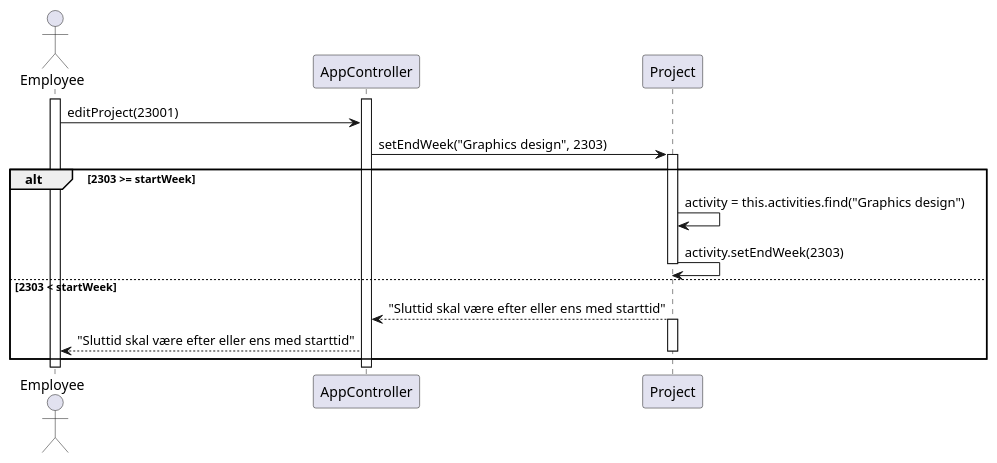
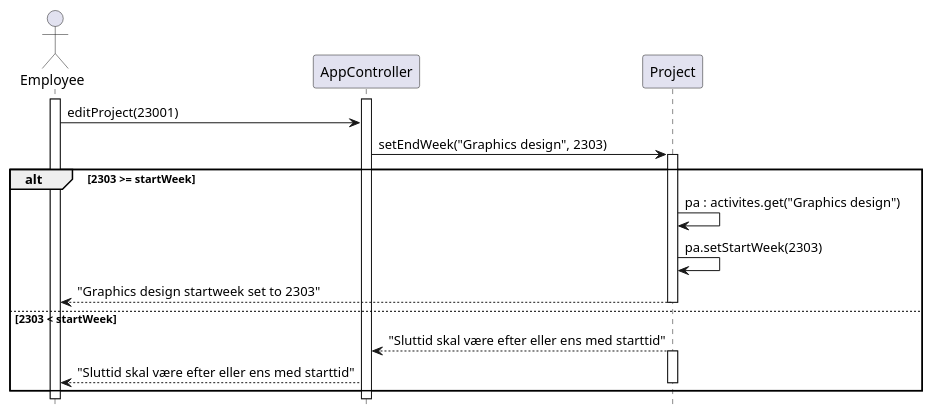
The diagram in RequirementsAndDesign/SequenceDiagrams/Deprecated/seq_create_activity_no_PL_case4.puml (rwiuff/02161ExamProject), drawn with PlantUML before and after one commit. The commit also changed 26 other files, not shown here.

Commit message:
wip: Sequence diagrams

```diff
--- a/RequirementsAndDesign/SequenceDiagrams/Deprecated/seq_create_activity_no_PL_case4.puml
+++ b/RequirementsAndDesign/SequenceDiagrams/Deprecated/seq_create_activity_no_PL_case4.puml
@@ -1,21 +1,23 @@
 @startuml createActivityNoPLCase4
+hide footbox
 actor "Employee" as emp
 participant AppController as app
 participant Project as p
 
 activate emp
 activate app
 emp -> app : editProject(23001)
 app -> p : setEndWeek("Graphics design", 2303)
 activate p
 alt 2303 >= startWeek
-p -> p : activity = this.activities.find("Graphics design")
-p -> p : activity.setEndWeek(2303)
+p -> p : pa : activites.get("Graphics design")
+p -> p : pa.setStartWeek(2303)
+p --> emp : "Graphics design startweek set to 2303"
 else 2303 < startWeek
 deactivate p
 p --> app : "Sluttid skal være efter eller ens med starttid"
 activate p
 app --> emp : "Sluttid skal være efter eller ens med starttid"
 deactivate p
 end
 @enduml
```
